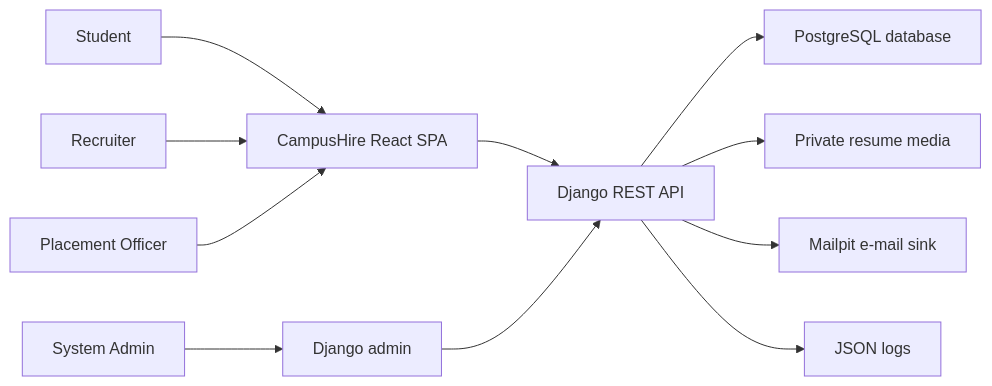
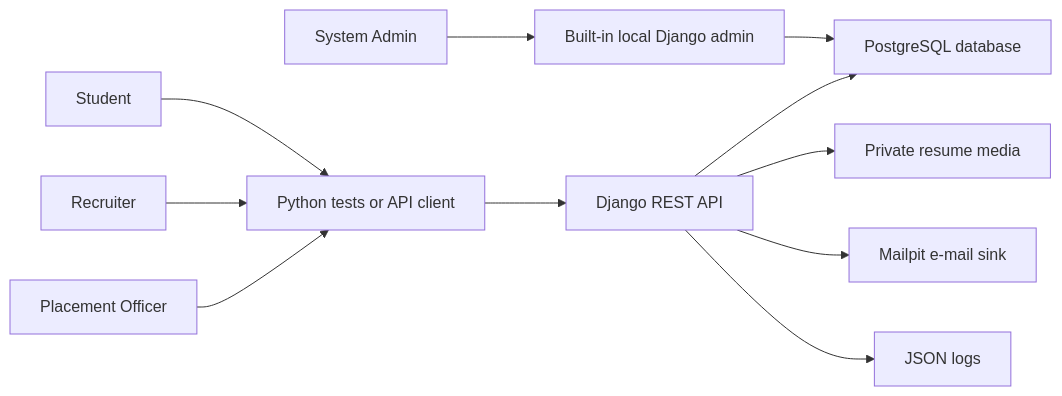
One commit to sukurcf/spec-campushire-placement-portal changed the first of 7 diagrams in docs/05-system-architecture.md. Above: the diagram before and after it, drawn with Mermaid. The commit also changed other lines of this file and 14 other files, not shown here.

````diff
--- a/docs/05-system-architecture.md
+++ b/docs/05-system-architecture.md
@@ -11,13 +11,13 @@
 ```mermaid
 flowchart LR
-    Student["Student"] --> SPA["CampusHire React SPA"]
-    Recruiter["Recruiter"] --> SPA
-    TPO["Placement Officer"] --> SPA
-    Admin["System Admin"] --> AdminSite["Django admin"]
-    SPA --> API["Django REST API"]
-    AdminSite --> API
+    Student["Student"] --> Client["Python tests or API client"]
+    Recruiter["Recruiter"] --> Client
+    TPO["Placement Officer"] --> Client
+    Admin["System Admin"] --> AdminSite["Built-in local Django admin"]
+    Client --> API["Django REST API"]
+    AdminSite --> DB
     API --> DB["PostgreSQL database"]
     API --> Media["Private resume media"]
     API --> Mailpit["Mailpit e-mail sink"]
     API --> Logs["JSON logs"]
 ```
````
